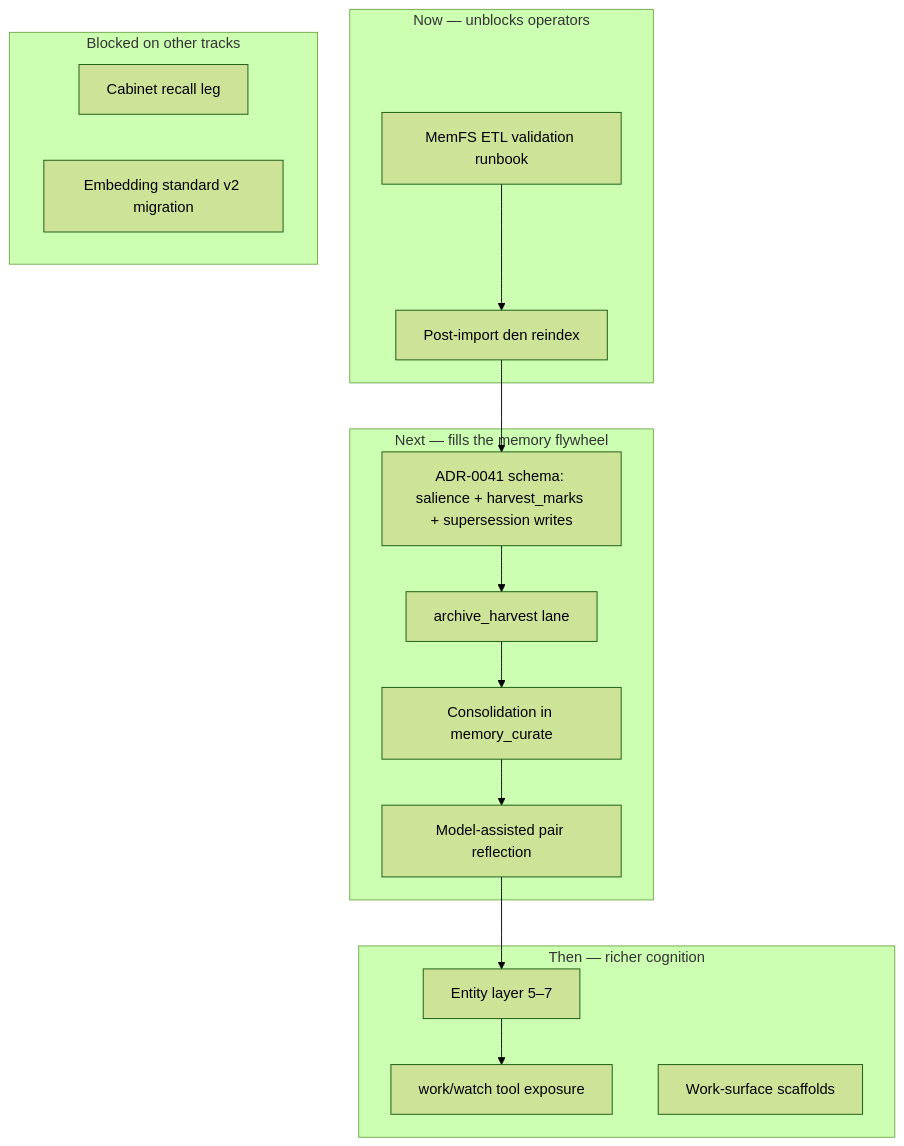
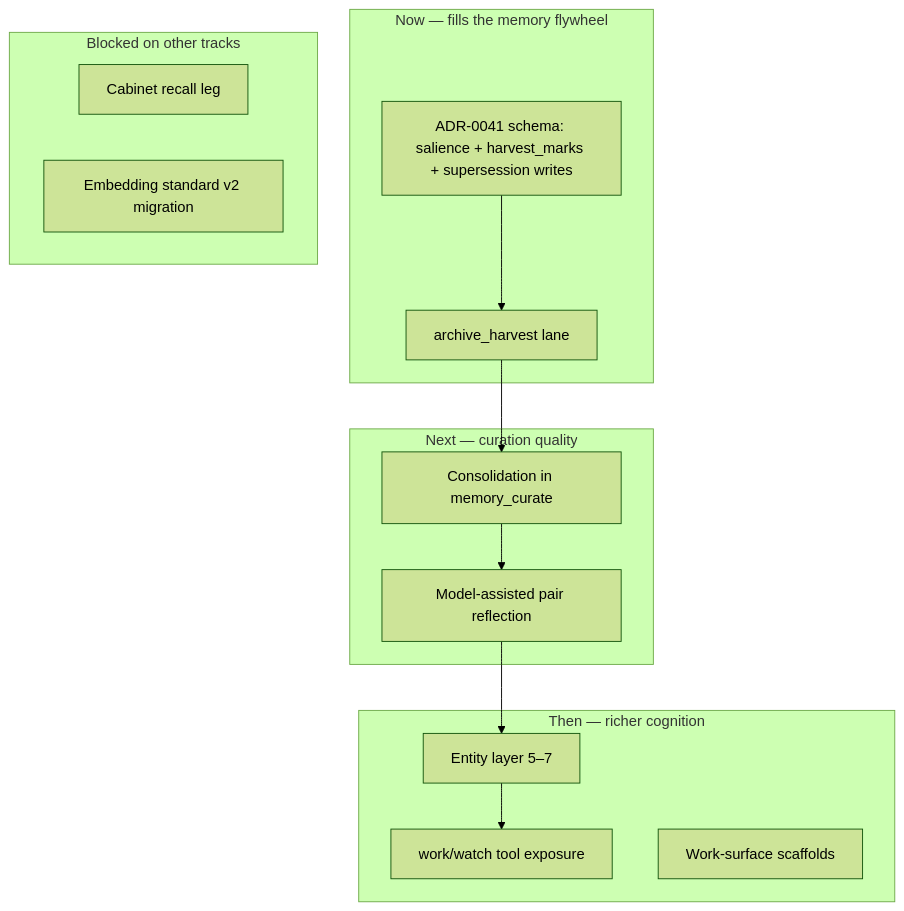
Before and after one commit to TheArtificial/BEARS: the diagram in docs/roadmap/BEAR_MEMORY_REMAINING_WORK_PLAN.md, drawn with Mermaid (forest theme). The commit also changed other lines of this file and 17 other files, not shown here.

First line of the commit message:
Add memory harvest marks and salience

````diff
--- a/docs/roadmap/BEAR_MEMORY_REMAINING_WORK_PLAN.md
+++ b/docs/roadmap/BEAR_MEMORY_REMAINING_WORK_PLAN.md
@@ -196,33 +183,29 @@
 ```mermaid
 flowchart TD
-  subgraph now [Now — unblocks operators]
-    M[MemFS ETL validation runbook]
-    R[Post-import den reindex]
+  subgraph now [Now — fills the memory flywheel]
+    S[ADR-0041 schema: salience + harvest_marks + supersession writes]
+    H[archive_harvest lane]
   end
 
-  subgraph next [Next — fills the memory flywheel]
-    S[ADR-0041 schema: salience + harvest_marks + supersession writes]
-    H[archive_harvest lane]
+  subgraph next [Next — curation quality]
     C[Consolidation in memory_curate]
     P[Model-assisted pair reflection]
   end
 
   subgraph then [Then — richer cognition]
     E[Entity layer 5–7]
     W[work/watch tool exposure]
     WS[Work-surface scaffolds]
   end
 
   subgraph blocked [Blocked on other tracks]
     CAB[Cabinet recall leg]
     V2[Embedding standard v2 migration]
   end
 
-  M --> R
-  R --> S
   S --> H
   H --> C
   C --> P
   P --> E
   E --> W
 ```
````
